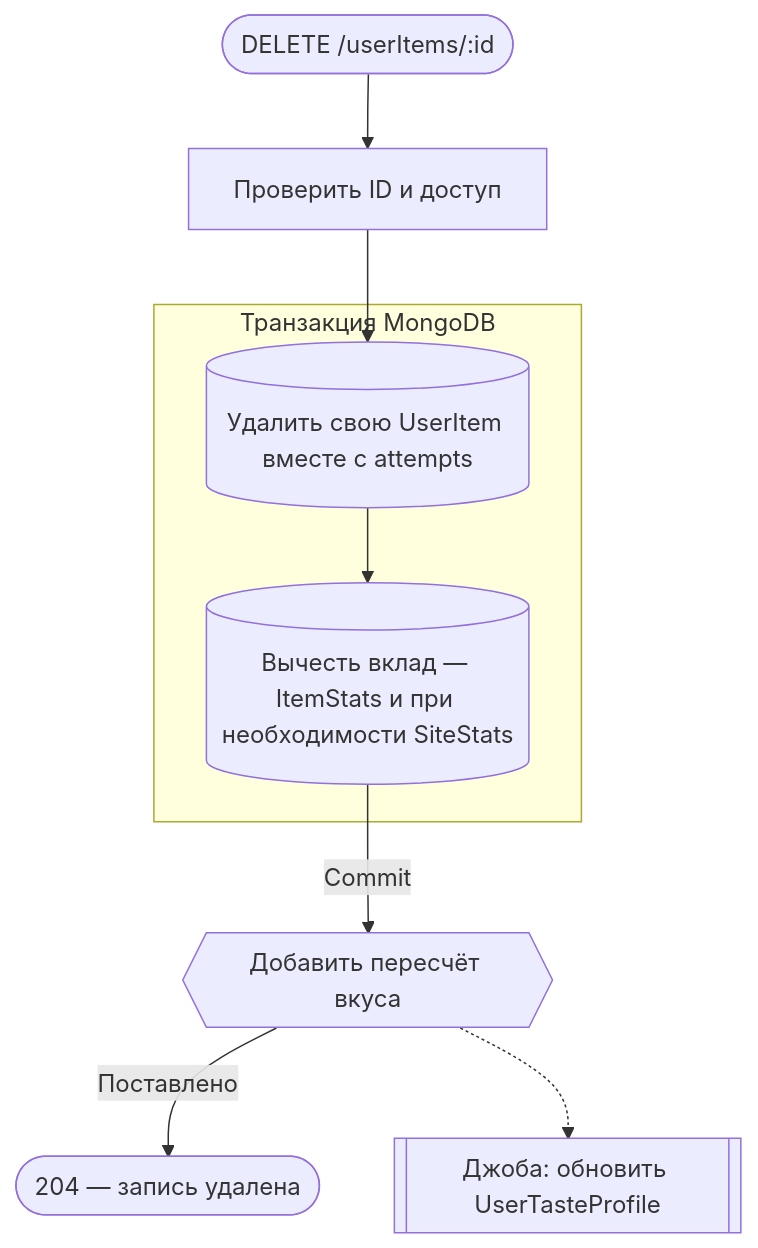
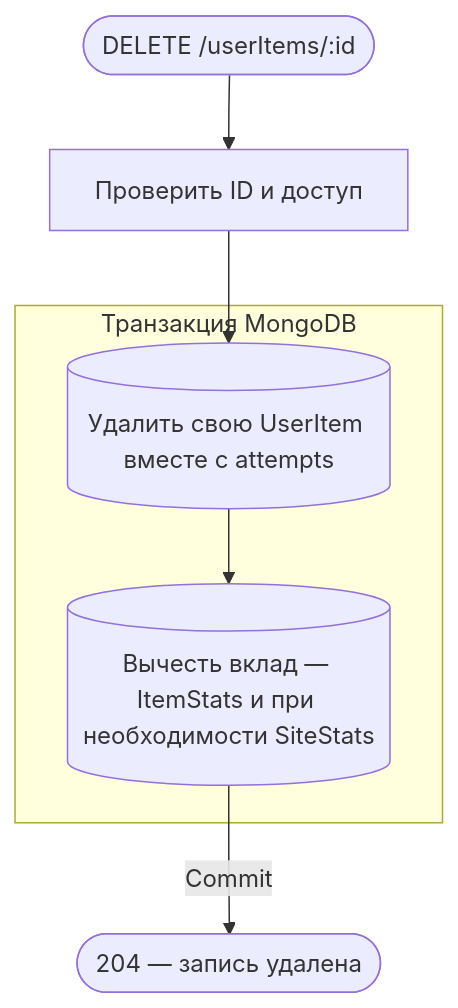
Before and after one commit to AmyGrooove/f95-tinder: the sixth of 8 diagrams in apps/api/docs/api/requestFlows/userItems.md, drawn with Mermaid. The commit also changed other lines of this file and 83 other files, not shown here.

````diff
--- a/apps/api/docs/api/requestFlows/userItems.md
+++ b/apps/api/docs/api/requestFlows/userItems.md
@@ -140,14 +130,12 @@
 ```mermaid
 flowchart TD
     accTitle: Удаление записи библиотеки
-    accDescr: В транзакции удалить собственную UserItem и вычесть её статистику, после commit поставить пересчёт вкуса и ответить
+    accDescr: В транзакции удалить собственную UserItem и вычесть её статистику и ответить
     A(["DELETE /userItems/:id"]):::http --> B["Проверить ID и доступ"]:::action
     subgraph TX["Транзакция MongoDB"]
         C[("Удалить свою UserItem вместе с attempts")]:::data
         C --> D[("Вычесть вклад — ItemStats и при необходимости SiteStats")]:::data
     end
     B --> C
-    D -->|Commit| Q{{"Добавить пересчёт вкуса"}}:::queue
-    Q -->|Поставлено| R(["204 — запись удалена"]):::http
-    Q -.-> J[["Джоба: обновить UserTasteProfile"]]:::job
+    D -->|Commit| R(["204 — запись удалена"]):::http
 ```
````
